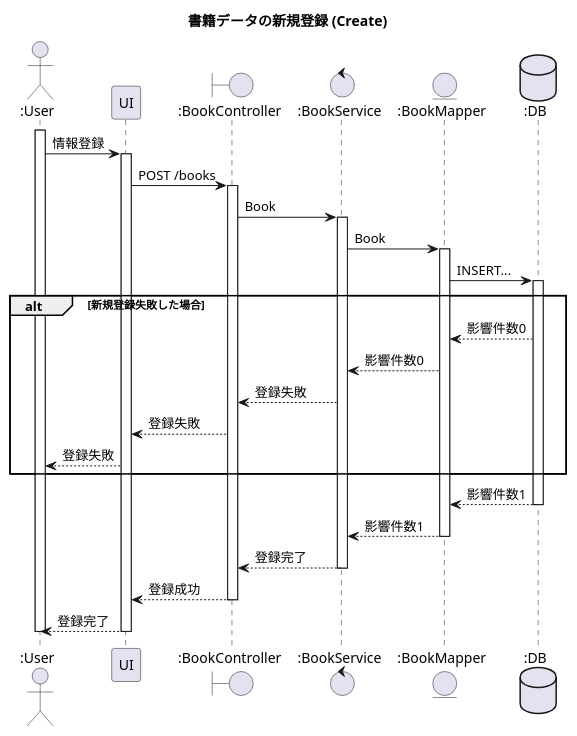
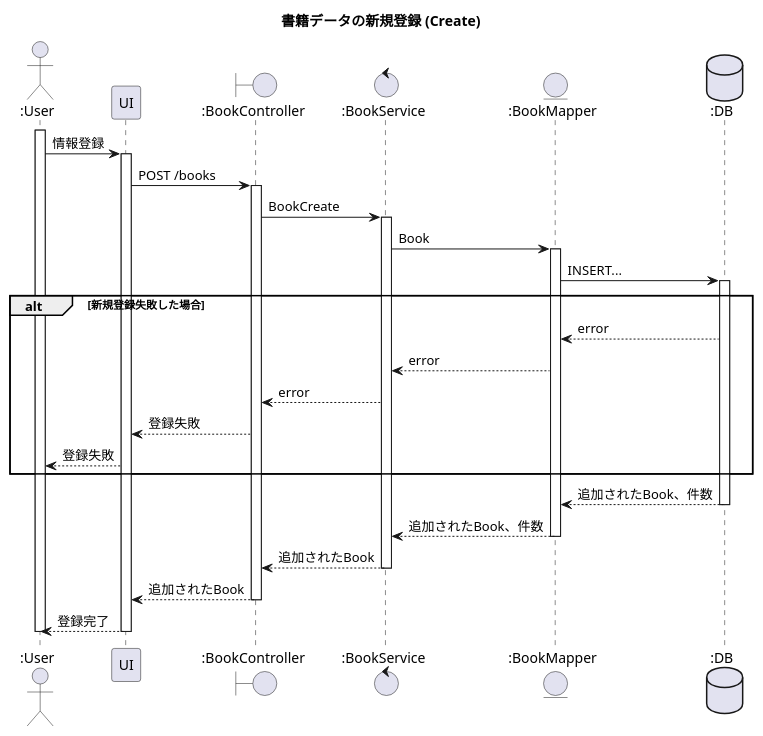
One commit to kien-ri/demo changed the diagram in document/book/registerBook.puml. Above: the diagram before and after it, drawn with PlantUML. The commit also changed 10 other files, not shown here.

```diff
--- a/document/book/registerBook.puml
+++ b/document/book/registerBook.puml
@@ -1,34 +1,34 @@
 @startuml registerBook
 
 title 書籍データの新規登録 (Create)
 
 actor ":User" as User
 participant "UI" as UI
 boundary ":BookController" as BookController
 control ":BookService" as BookService
 entity ":BookMapper" as BookMapper
 database ":DB" as DB
 
 activate User
 User -> UI ++ : 情報登録
 UI -> BookController ++ : POST /books
-BookController -> BookService ++ : Book
+BookController -> BookService ++ : BookCreate
 BookService -> BookMapper ++ : Book
 BookMapper -> DB ++ : INSERT...
 
 alt 新規登録失敗した場合
-    DB --> BookMapper : 影響件数0
-    BookMapper --> BookService : 影響件数0
-    BookService --> BookController : 登録失敗
+    DB --> BookMapper : error
+    BookMapper --> BookService : error
+    BookService --> BookController : error
     BookController --> UI : 登録失敗
     UI --> User : 登録失敗
 end
 
-DB --> BookMapper -- : 影響件数1
-BookMapper --> BookService -- : 影響件数1
-BookService --> BookController -- : 登録完了
-BookController --> UI -- : 登録成功
+DB --> BookMapper -- : 追加されたBook、件数
+BookMapper --> BookService -- : 追加されたBook、件数
+BookService --> BookController -- : 追加されたBook
+BookController --> UI -- : 追加されたBook
 UI --> User -- : 登録完了
 deactivate User
 
 @enduml
```
